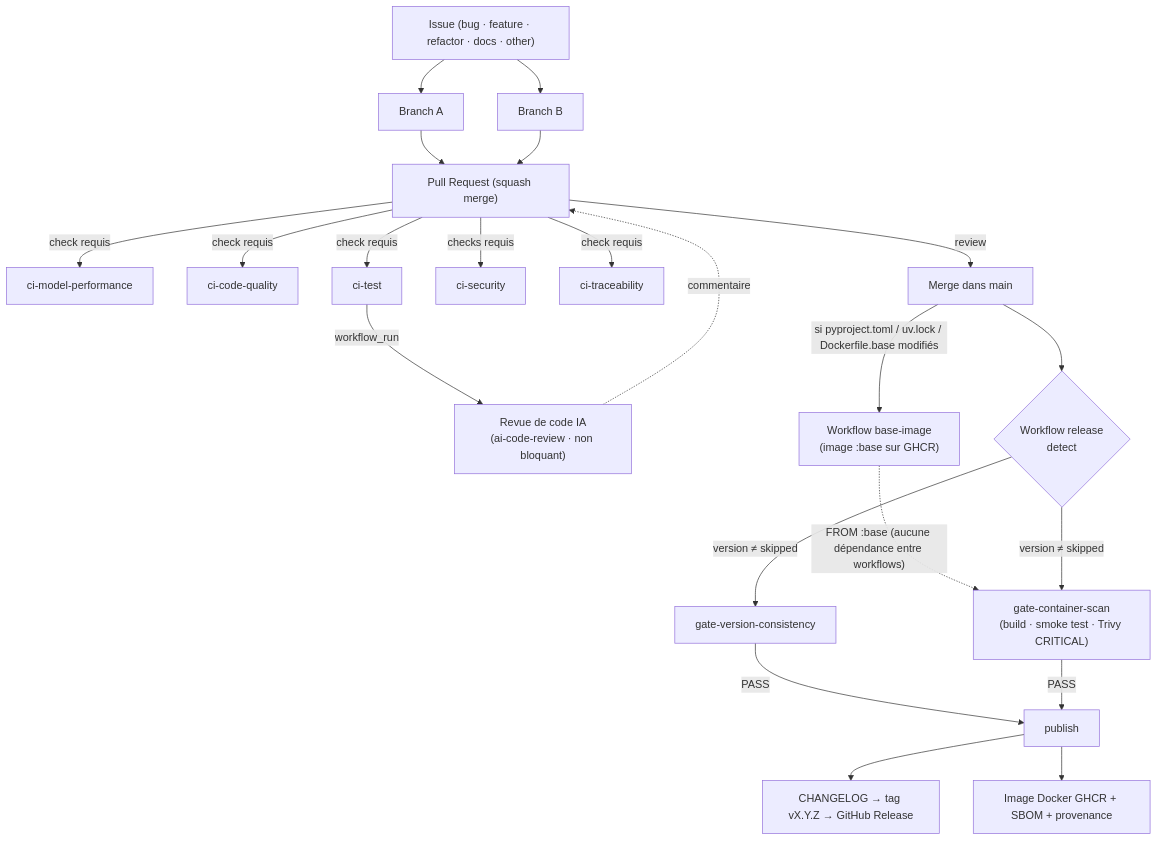
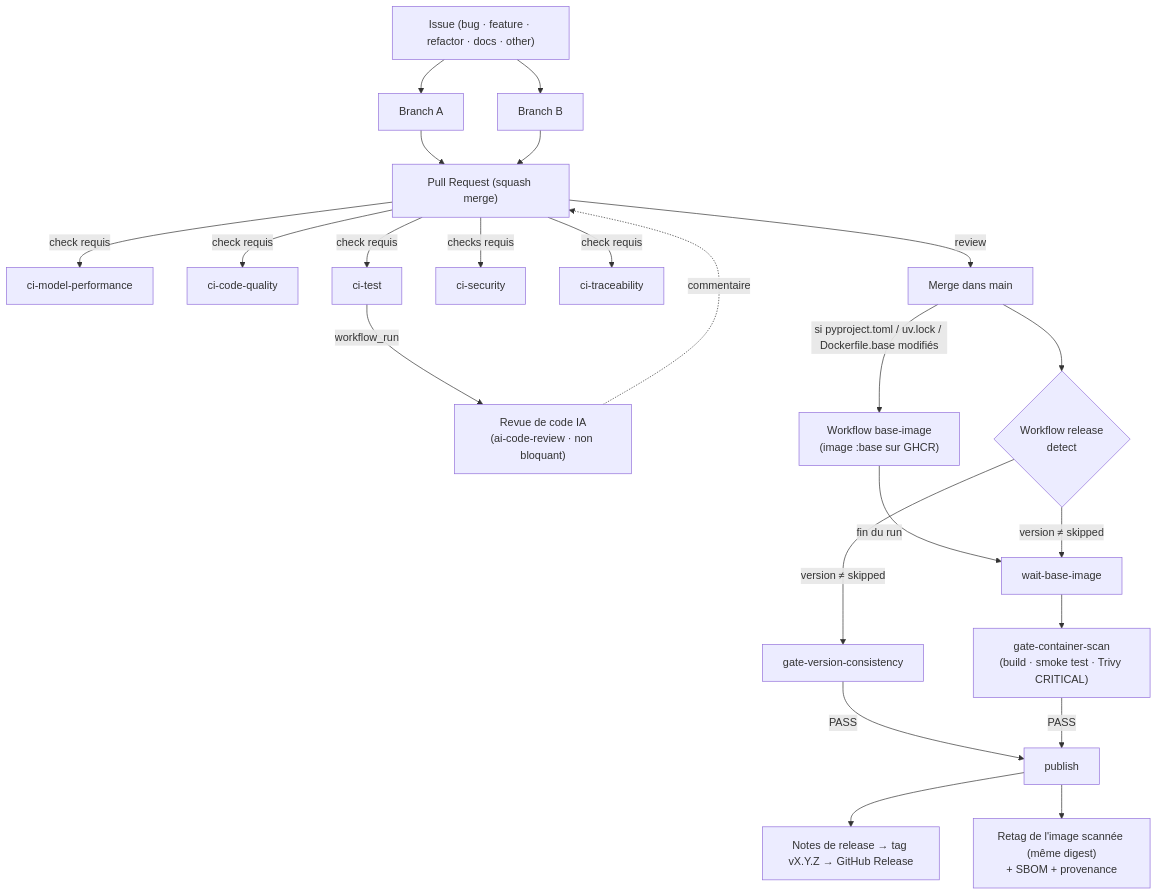
One commit to WillIsback/OC-P5_Deployez_un_modele_de_Machine_Learning changed the diagram in docs/ci-cd/README.md. Above: the diagram before and after it, drawn with Mermaid. The commit also changed other lines of this file and 21 other files, not shown here.

First line of the commit message:
fix(ci): cohérence CI/CD (dry-run, zizmor, gitleaks, image scannée, épinglage, matrice) (#53)

````diff
--- a/docs/ci-cd/README.md
+++ b/docs/ci-cd/README.md
@@ -17,24 +17,25 @@
 ```mermaid
 graph TD
     Issue["Issue (bug · feature · refactor · docs · other)"] --> BranchA["Branch A"]
     Issue --> BranchB["Branch B"]
     BranchA --> PR["Pull Request (squash merge)"]
     BranchB --> PR
     PR -->|check requis| CI5[ci-model-performance]
     PR -->|check requis| CI1[ci-code-quality]
     PR -->|check requis| CI2[ci-test]
     PR -->|checks requis| CI3[ci-security]
     PR -->|check requis| CI4[ci-traceability]
     CI2 -->|workflow_run| AI["Revue de code IA<br/>(ai-code-review · non bloquant)"]
     AI -.->|commentaire| PR
     PR -->|review| Merge["Merge dans main"]
     Merge -->|"si pyproject.toml / uv.lock / Dockerfile.base modifiés"| Base["Workflow base-image<br/>(image :base sur GHCR)"]
     Merge --> Detect{"Workflow release<br/>detect"}
-    Base -.->|"FROM :base (aucune dépendance entre workflows)"| G2
+    Base -->|"fin du run"| Wait["wait-base-image"]
     Detect -->|"version ≠ skipped"| G1["gate-version-consistency"]
-    Detect -->|"version ≠ skipped"| G2["gate-container-scan<br/>(build · smoke test · Trivy CRITICAL)"]
+    Detect -->|"version ≠ skipped"| Wait
+    Wait --> G2["gate-container-scan<br/>(build · smoke test · Trivy CRITICAL)"]
     G1 -->|PASS| Publish["publish"]
     G2 -->|PASS| Publish
-    Publish --> Release["CHANGELOG → tag vX.Y.Z → GitHub Release"]
-    Publish --> Docker["Image Docker GHCR + SBOM + provenance"]
+    Publish --> Release["Notes de release → tag vX.Y.Z → GitHub Release"]
+    Publish --> Docker["Retag de l'image scannée (même digest)<br/>+ SBOM + provenance"]
 ```
````
